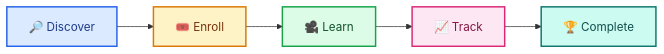
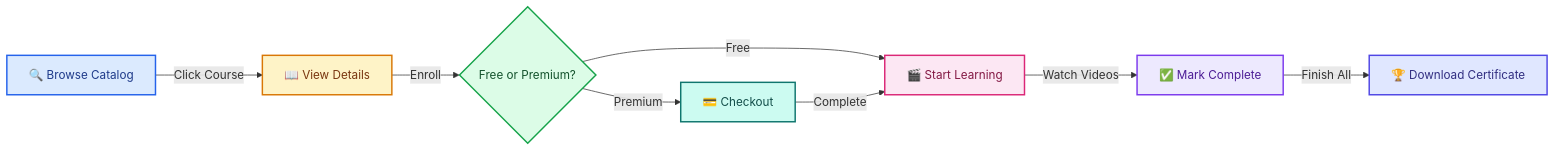
The first of 10 diagrams in README.md (MOHITKOURAV01/learnhub), drawn with Mermaid before and after one commit. The commit also changed other lines of this file, not shown here.

````diff
--- a/README.md
+++ b/README.md
@@ -65,14 +59,18 @@
 ```mermaid
 flowchart LR
-
-    A["🔎 Discover"] --> B["🎟️ Enroll"]
-    B --> C["🎥 Learn"]
-    C --> D["📈 Track"]
-    D --> E["🏆 Complete"]
-
+    A["🔍 Browse Catalog"] -->|Click Course| B["📖 View Details"]
+    B -->|Enroll| C{Free or Premium?}
+    C -->|Free| D["🎬 Start Learning"]
+    C -->|Premium| E["💳 Checkout"]
+    E -->|Complete| D
+    D -->|Watch Videos| F["✅ Mark Complete"]
+    F -->|Finish All| G["🏆 Download Certificate"]
+    
     style A fill:#DBEAFE,stroke:#2563EB,stroke-width:2px,color:#1E3A8A
     style B fill:#FEF3C7,stroke:#D97706,stroke-width:2px,color:#78350F
     style C fill:#DCFCE7,stroke:#16A34A,stroke-width:2px,color:#14532D
     style D fill:#FCE7F3,stroke:#DB2777,stroke-width:2px,color:#831843
     style E fill:#CCFBF1,stroke:#0F766E,stroke-width:2px,color:#134E4A
+    style F fill:#EDE9FE,stroke:#7C3AED,stroke-width:2px,color:#4C1D95
+    style G fill:#E0E7FF,stroke:#4F46E5,stroke-width:2px,color:#312E81
 ```
````
